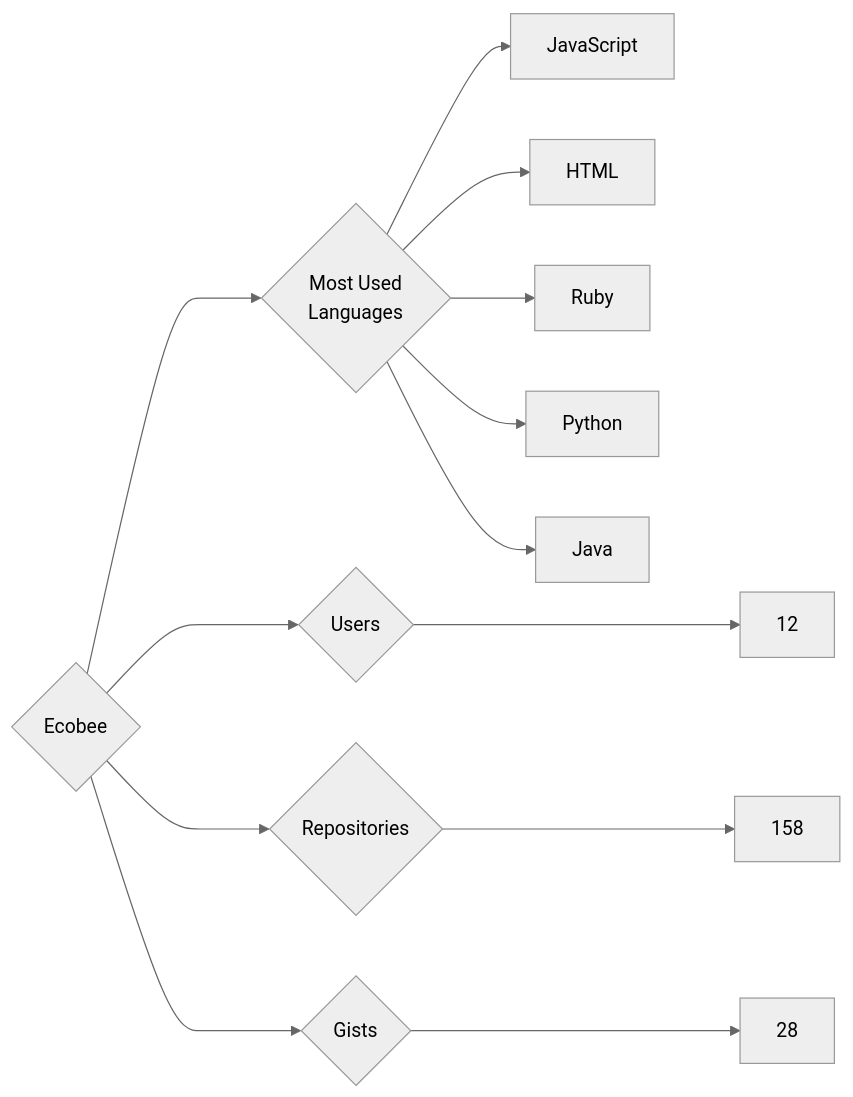
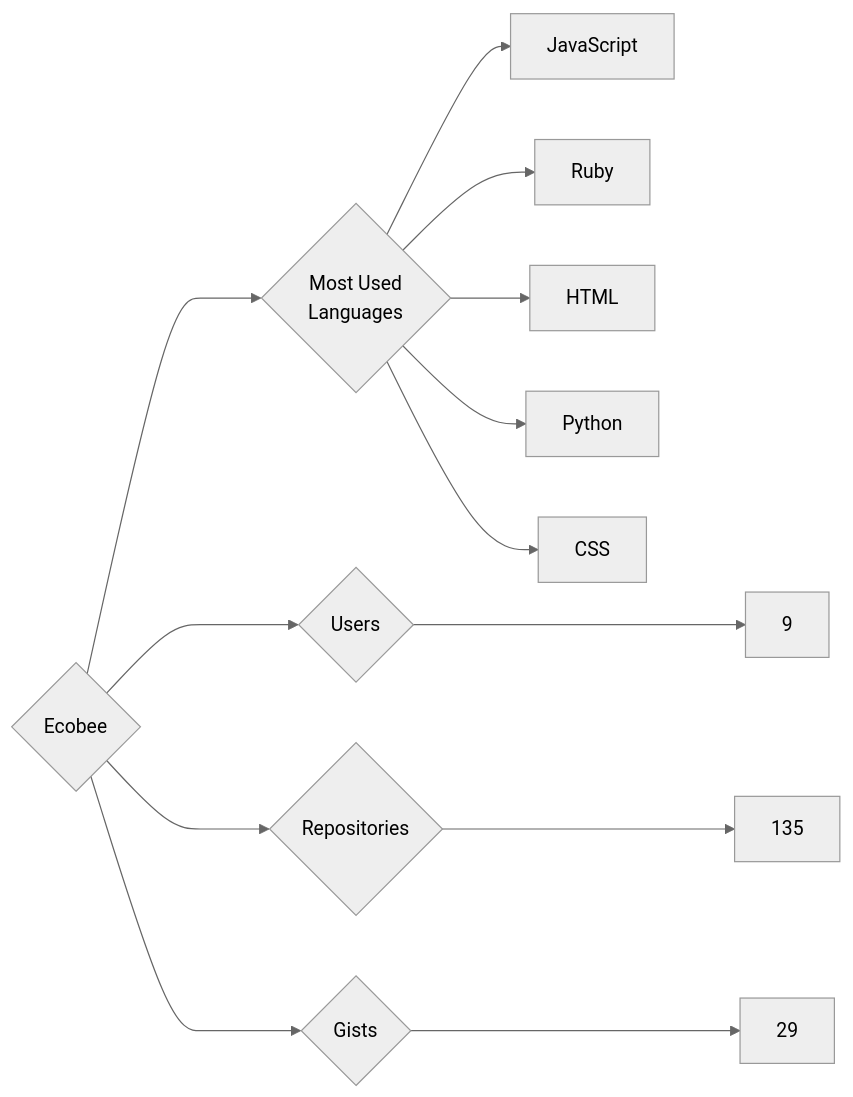
One commit to trickest/insiders changed the diagram in targets/Ecobee/README.md. Above: the diagram before and after it, drawn with Mermaid (neutral theme). The commit also changed 640 other files, not shown here.

````diff
--- a/targets/Ecobee/README.md
+++ b/targets/Ecobee/README.md
@@ -3,13 +3,13 @@
 ```mermaid
 graph LR
 COMPANY_NAME{Ecobee}
-COMPANY_NAME ---> U{Users} ---> UN[12]
-COMPANY_NAME ---> R{Repositories} ---> RN[158]
-COMPANY_NAME ---> G{Gists} ---> GN[28]
+COMPANY_NAME ---> U{Users} ---> UN[9]
+COMPANY_NAME ---> R{Repositories} ---> RN[135]
+COMPANY_NAME ---> G{Gists} ---> GN[29]
 COMPANY_NAME ---> ML{Most Used<br>Languages}
 ML --> JavaScript[JavaScript]
+ML --> Ruby[Ruby]
 ML --> HTML[HTML]
-ML --> Ruby[Ruby]
 ML --> Python[Python]
-ML --> Java[Java]
+ML --> CSS[CSS]
 ```
````
